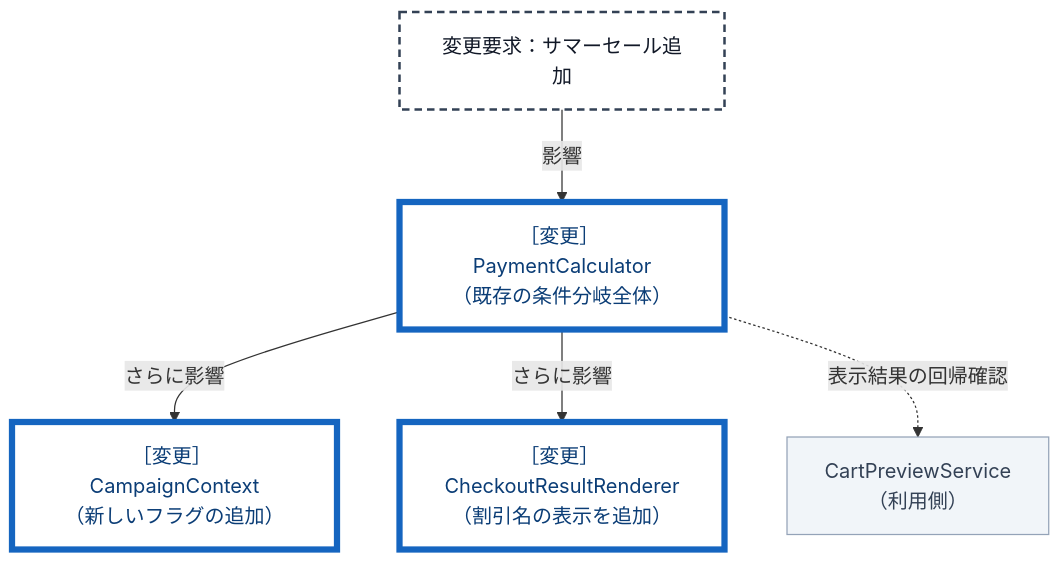
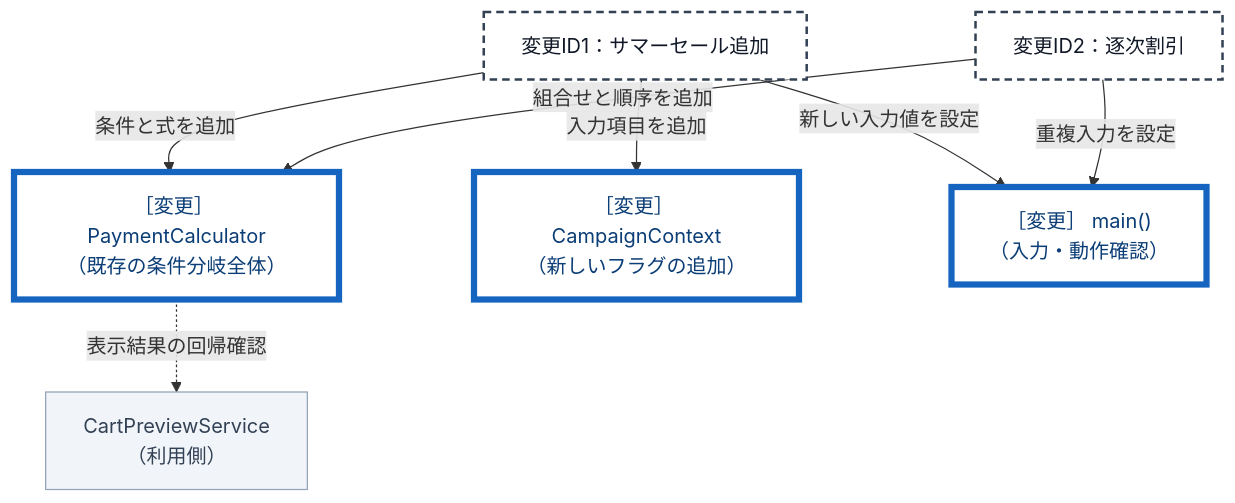
Before and after one commit to kumachan1101-pixel/DesignPattern: the sixth of 16 diagrams in kindle/design-patterns/books/volume01-core-patterns/output/03-chapter01.md, drawn with Mermaid. The commit also changed other lines of this file and 41 other files, not shown here.

````diff
--- a/kindle/design-patterns/books/volume01-core-patterns/output/03-chapter01.md
+++ b/kindle/design-patterns/books/volume01-core-patterns/output/03-chapter01.md
@@ -1250,12 +1236,15 @@
 ```mermaid
 graph TD
-    T1["変更要求：サマーセール追加"]:::req
-        -->|影響| A["［変更］ PaymentCalculator<br>（既存の条件分岐全体）"]:::touched
-    A -->|さらに影響| B["［変更］ CampaignContext<br>（新しいフラグの追加）"]:::touched
-    A -->|さらに影響| D["［変更］ CheckoutResultRenderer<br>（割引名の表示を追加）"]:::touched
+    T1["変更ID1：サマーセール追加"]:::req
+        -->|条件と式を追加| A["［変更］ PaymentCalculator<br>（既存の条件分岐全体）"]:::touched
+    T1 -->|入力項目を追加| B["［変更］ CampaignContext<br>（新しいフラグの追加）"]:::touched
+    T1 -->|新しい入力値を設定| D["［変更］ main()<br>（入力・動作確認）"]:::touched
+    T2["変更ID2：逐次割引"]:::req
+        -->|組合せと順序を追加| A
+    T2 -->|重複入力を設定| D
     A -.->|表示結果の回帰確認| C["CartPreviewService<br>（利用側）"]:::keep
 
     classDef req fill:#ffffff,stroke:#334155,stroke-width:2px,stroke-dasharray:6 4,color:#111827;
     classDef keep fill:#f1f5f9,stroke:#94a3b8,color:#334155;
     classDef touched fill:#ffffff,stroke:#1565c0,stroke-width:5px,color:#0b3d76;
 ```
````
